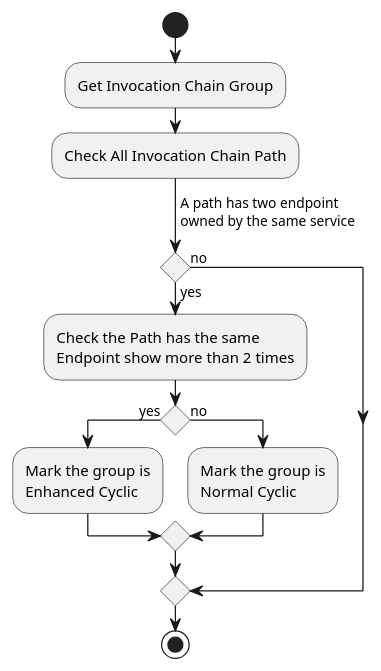
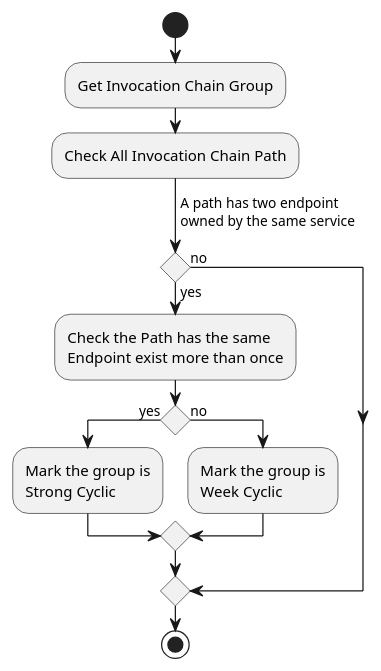
One commit to b4456609/mgp-back changed the diagram in diagram/findCyclicInvocationChain.puml. Above: the diagram before and after it, drawn with PlantUML. The commit also changed 3 other files, not shown here.

Commit message:
update cyclic diagram

```diff
--- a/diagram/findCyclicInvocationChain.puml
+++ b/diagram/findCyclicInvocationChain.puml
@@ -1,16 +1,16 @@
 @startuml
 start
 :Get Invocation Chain Group;
 :Check All Invocation Chain Path;
 -> A path has two endpoint\nowned by the same service;
 if() then(yes)
-:Check the Path has the same\nEndpoint show more than 2 times;
+:Check the Path has the same\nEndpoint exist more than once;
 if() then(yes)
-:Mark the group is\nEnhanced Cyclic;
+:Mark the group is\nStrong Cyclic;
 else(no)
-:Mark the group is\nNormal Cyclic;
+:Mark the group is\nWeek Cyclic;
 endif
 else(no)
 endif
 stop
 @enduml
```
